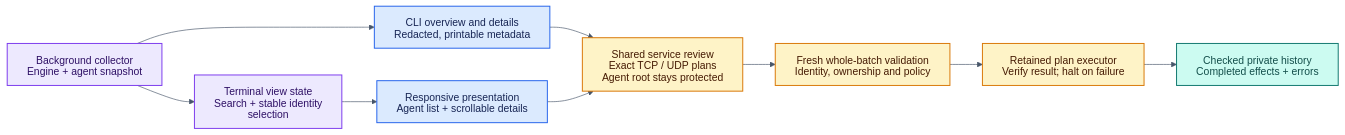
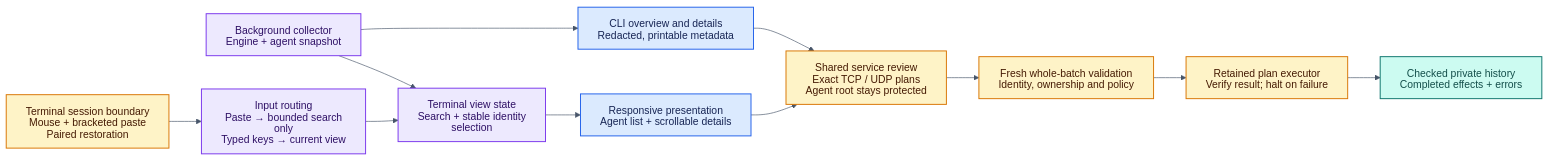
One commit to santoshshinde2012/holdmap changed the third of 11 diagrams in docs/architecture.md. Above: the diagram before and after it, drawn with Mermaid. The commit also changed other lines of this file and 70 other files, not shown here.

````diff
--- a/docs/architecture.md
+++ b/docs/architecture.md
@@ -199,41 +208,42 @@
 ```mermaid
 ---
 config:
   theme: base
   look: classic
   htmlLabels: false
   themeVariables:
     darkMode: false
     background: "#ffffff"
     primaryColor: "#DBEAFE"
     primaryTextColor: "#172554"
     primaryBorderColor: "#2563EB"
     secondaryColor: "#CCFBF1"
     tertiaryColor: "#ffffff"
     textColor: "#0F172A"
     lineColor: "#475569"
     edgeLabelBackground: "#ffffff"
     clusterBkg: "#ffffff"
     clusterBorder: "#94A3B8"
   flowchart:
     wrappingWidth: 210
 ---
 flowchart LR
   accTitle: Terminal agent visibility and reviewed service actions
-  accDescr: A background collector supplies one agent snapshot to compact CLI reports and a responsive terminal list and details view. Shared reviews retain exact protocol and process identity. Fresh batch checks precede execution and private history recording, with no automatic retries.
+  accDescr: A background collector supplies one agent snapshot to compact CLI reports and responsive terminal views. A session boundary pairs mouse and bracketed paste modes with restoration; paste routes only to bounded search text. View state keeps stable identity selection. Shared reviews retain exact protocol and process identity. Fresh batch checks precede execution and private history recording, with no automatic retries.
   SCAN["Background collector<br/>Engine + agent snapshot"] --> REPORT["CLI overview and details<br/>Redacted, printable metadata"]
   SCAN --> STATE["Terminal view state<br/>Search + stable identity selection"]
+  INPUT["Terminal session boundary<br/>Mouse + bracketed paste<br/>Paired restoration"] --> ROUTE["Input routing<br/>Paste → bounded search only<br/>Typed keys → current view"] --> STATE
   STATE --> UI["Responsive presentation<br/>Agent list + scrollable details"]
   REPORT & UI --> REVIEW["Shared service review<br/>Exact TCP / UDP plans<br/>Agent root stays protected"]
   REVIEW --> CHECK["Fresh whole-batch validation<br/>Identity, ownership and policy"]
   CHECK --> EXEC["Retained plan executor<br/>Verify result; halt on failure"]
   EXEC --> HISTORY["Checked private history<br/>Completed effects + errors"]
   classDef surface fill:#DBEAFE,stroke:#2563EB,color:#172554,stroke-width:1.5px
   classDef domain fill:#EDE9FE,stroke:#7C3AED,color:#2E1065,stroke-width:1.5px
   classDef safety fill:#FEF3C7,stroke:#D97706,color:#451A03,stroke-width:1.5px
   classDef data fill:#CCFBF1,stroke:#0F766E,color:#134E4A,stroke-width:1.5px
   class REPORT,UI surface
-  class STATE,SCAN domain
-  class REVIEW,CHECK,EXEC safety
+  class STATE,SCAN,ROUTE domain
+  class INPUT,REVIEW,CHECK,EXEC safety
   class HISTORY data
 ```
````
